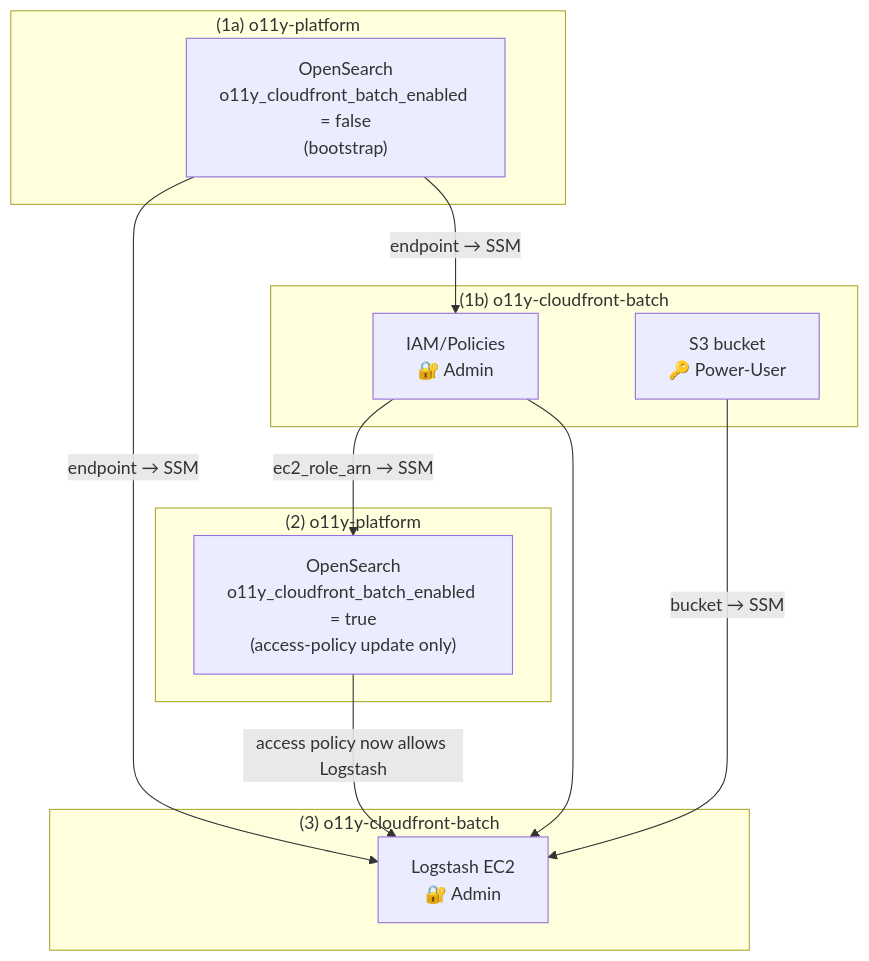
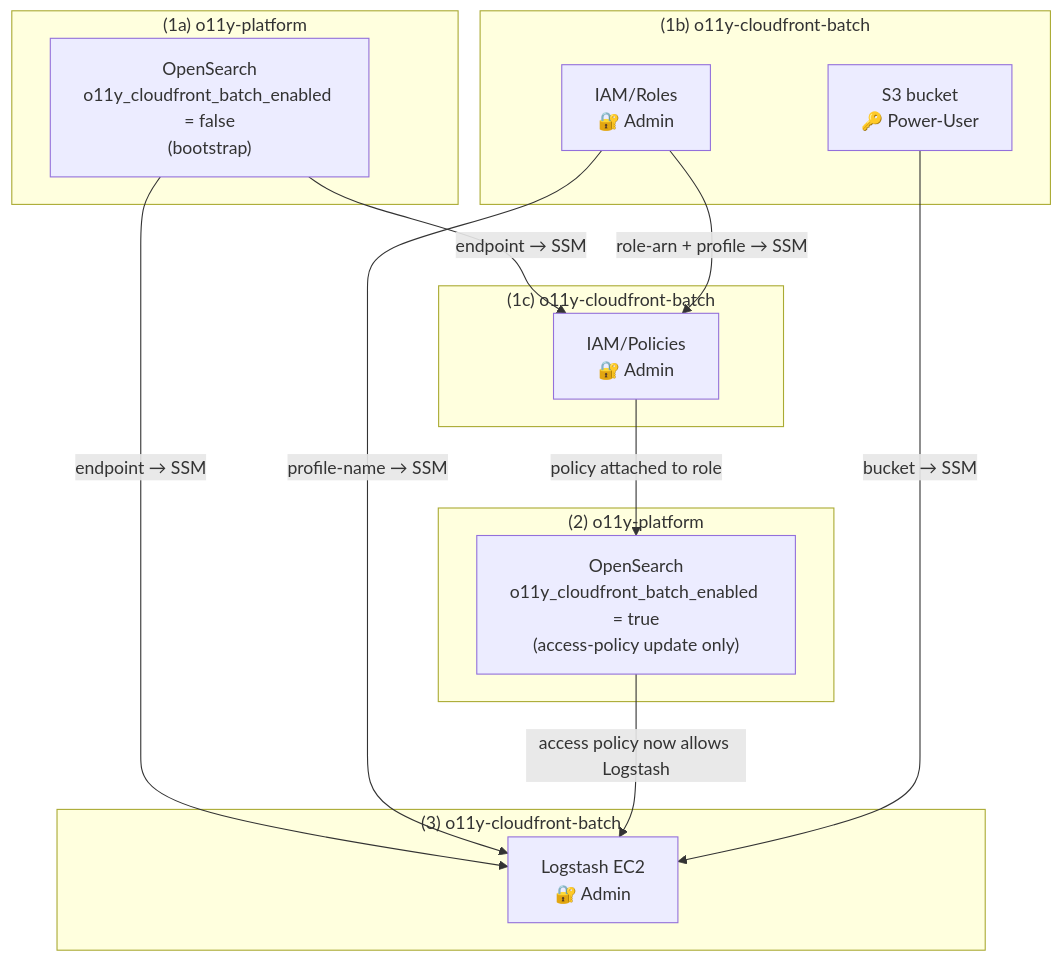
Before and after one commit to NASA-PDS/o11y-cloudfront-batch: the diagram in terraform/README.md, drawn with Mermaid. The commit also changed other lines of this file and 3 other files, not shown here.

First line of the commit message:
docs(terraform): update deployment flow for EC2 instance role split

````diff
--- a/terraform/README.md
+++ b/terraform/README.md
@@ -22,26 +24,31 @@
 ```mermaid
 flowchart TD
     subgraph ext["(1a) o11y-platform"]
         OS["OpenSearch\no11y_cloudfront_batch_enabled = false\n(bootstrap)"]
     end
 
     subgraph phase1["(1b) o11y-cloudfront-batch"]
-        IAM["IAM/Policies\n🔐 Admin"]
+        IAMR["IAM/Roles\n🔐 Admin"]
         S3["S3 bucket\n🔑 Power-User"]
+    end
+
+    subgraph phase1b["(1c) o11y-cloudfront-batch"]
+        IAMP["IAM/Policies\n🔐 Admin"]
     end
 
     subgraph ext2["(2) o11y-platform"]
         OS2["OpenSearch\no11y_cloudfront_batch_enabled = true\n(access-policy update only)"]
     end
 
     subgraph phase2["(3) o11y-cloudfront-batch"]
         LS["Logstash EC2\n🔐 Admin"]
     end
 
-    OS -->|"endpoint → SSM"| IAM
+    OS -->|"endpoint → SSM"| IAMP
     OS -->|"endpoint → SSM"| LS
-    IAM -->|"ec2_role_arn → SSM"| OS2
+    IAMR -->|"role-arn + profile → SSM"| IAMP
+    IAMR -->|"profile-name → SSM"| LS
+    IAMP -->|"policy attached to role"| OS2
     OS2 -->|"access policy now allows Logstash"| LS
-    IAM --> LS
     S3 -->|"bucket → SSM"| LS
 ```
````
